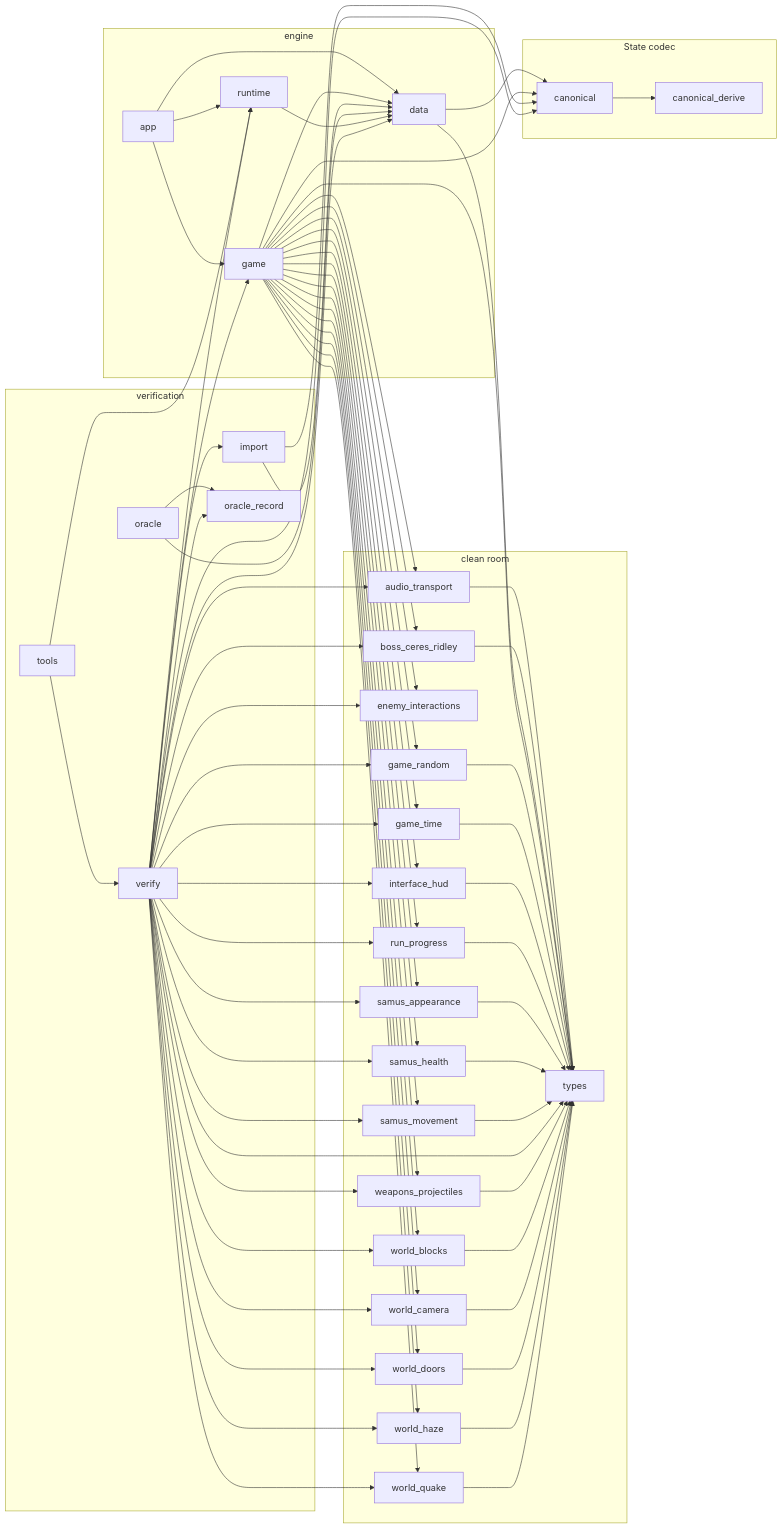
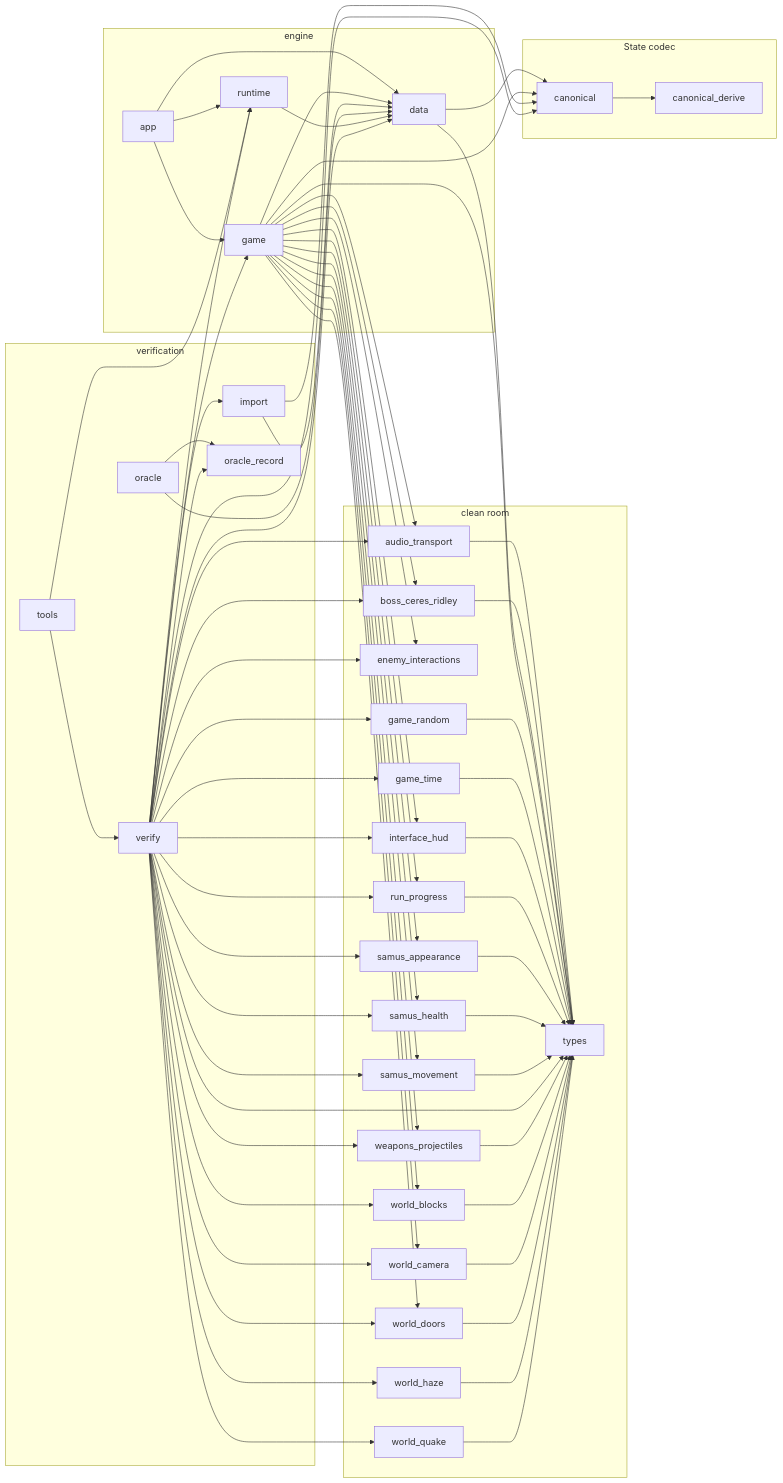
Before and after one commit to JimLundin/sm-decomp: the second of 18 diagrams in docs/REPORT.md, drawn with Mermaid. The commit also changed other lines of this file, not shown here.

```diff
--- a/docs/REPORT.md
+++ b/docs/REPORT.md
@@ -961,8 +961,6 @@
   c_game --> c_canonical
   c_game --> c_data
   c_game --> c_enemy_interactions
-  c_game --> c_game_random
-  c_game --> c_game_time
   c_game --> c_interface_hud
   c_game --> c_run_progress
   c_game --> c_samus_appearance
@@ -973,8 +971,6 @@
   c_game --> c_world_blocks
   c_game --> c_world_camera
   c_game --> c_world_doors
-  c_game --> c_world_haze
-  c_game --> c_world_quake
   c_game_random --> c_types
   c_game_time --> c_types
   c_import --> c_canonical
```
